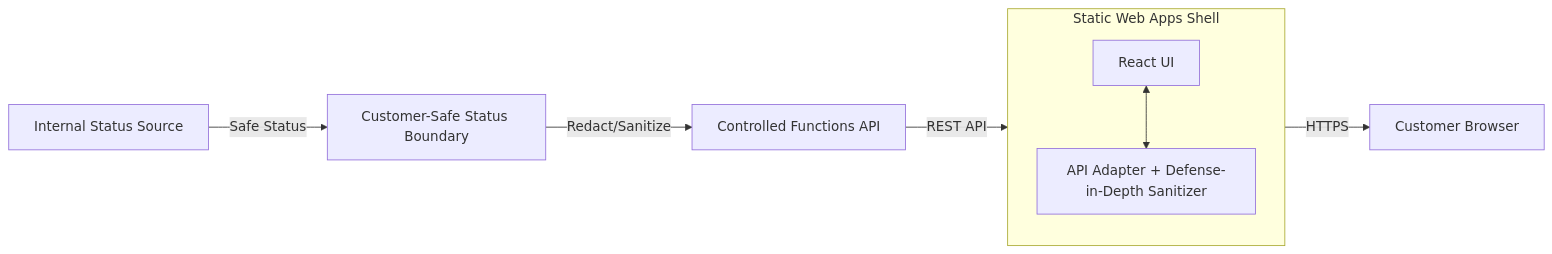
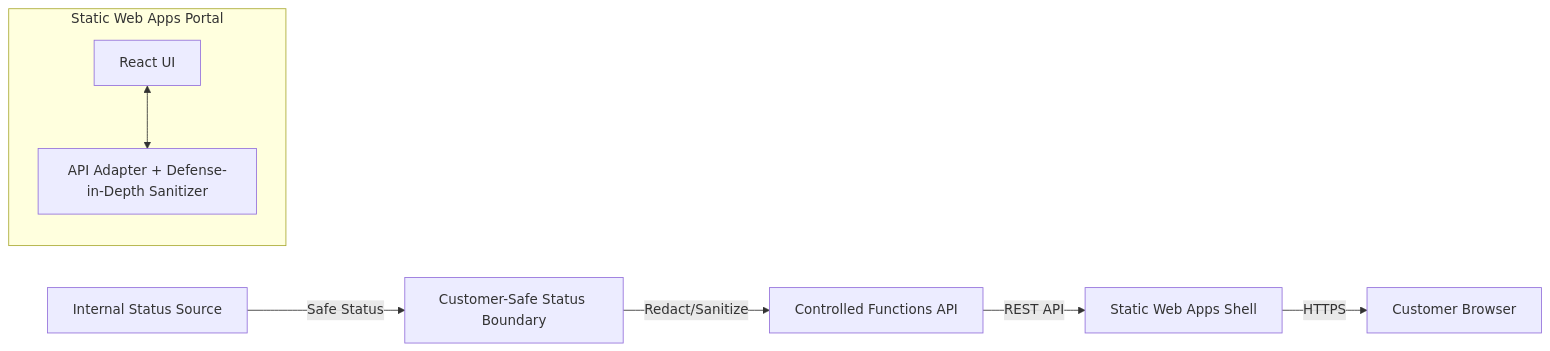
The diagram in building-blocks/portals/static-status-portal/README.md (wildersa/azure_ref_kit), drawn with Mermaid before and after one commit. The commit also changed other lines of this file and 3 other files, not shown here.

First line of the commit message:
[IAC-PORTAL-001] Add minimal Terraform for static status portal hosting

````diff
--- a/building-blocks/portals/static-status-portal/README.md
+++ b/building-blocks/portals/static-status-portal/README.md
@@ -21,13 +20,13 @@
 ```mermaid
 flowchart LR
     Source[Internal Status Source] -->|Safe Status| Boundary[Customer-Safe Status Boundary]
     Boundary -->|Redact/Sanitize| Func[Controlled Functions API]
     Func -->|REST API| SWA[Static Web Apps Shell]
     SWA -->|HTTPS| Customer[Customer Browser]
 
-    subgraph SWA [Static Web Apps Shell]
+    subgraph "Static Web Apps Portal"
         UI[React UI]
         Adapter[API Adapter + Defense-in-Depth Sanitizer]
         UI <--> Adapter
     end
 ```
````
